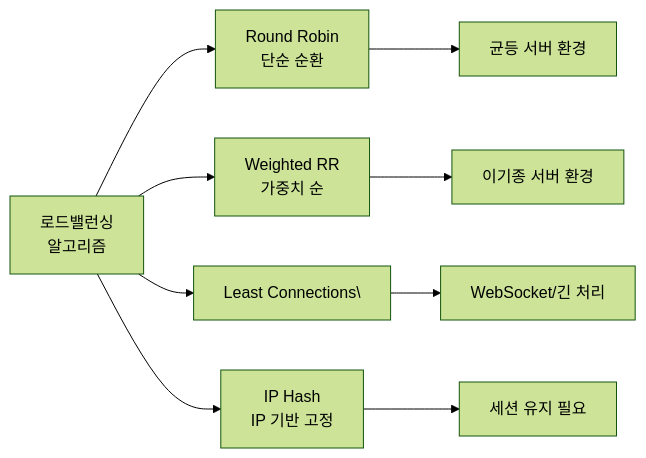
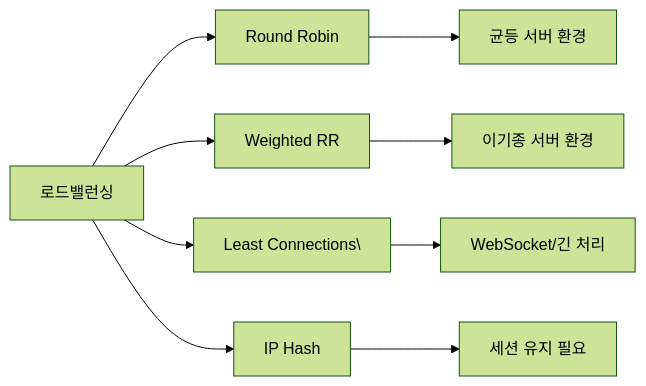
The seventh of 17 diagrams in _posts/systemdesign/2026-05-02-system-design-fundamentals.md (yjkim2015/yjkim2015.github.io), drawn with Mermaid (forest theme) before and after one commit. The commit also changed other lines of this file and 217 other files, not shown here.

First line of the commit message:
Mermaid 크기 수정: useMaxWidth:true + SVG max-width:100% + 라벨 축소

````diff
--- a/_posts/systemdesign/2026-05-02-system-design-fundamentals.md
+++ b/_posts/systemdesign/2026-05-02-system-design-fundamentals.md
@@ -315,12 +315,12 @@
 ```mermaid
 graph LR
-    A["로드밸런싱\n알고리즘"]
-    A --> B["Round Robin\n단순 순환"]
-    A --> C["Weighted RR\n가중치 순"]
+    A["로드밸런싱"]
+    A --> B["Round Robin"]
+    A --> C["Weighted RR"]
     A --> D["Least Connections\"]
-    A --> E["IP Hash\nIP 기반 고정"]
+    A --> E["IP Hash"]
     B --> F["균등 서버 환경"]
     C --> G["이기종 서버 환경"]
     D --> H["WebSocket/긴 처리"]
     E --> I["세션 유지 필요"]
 ```
````
